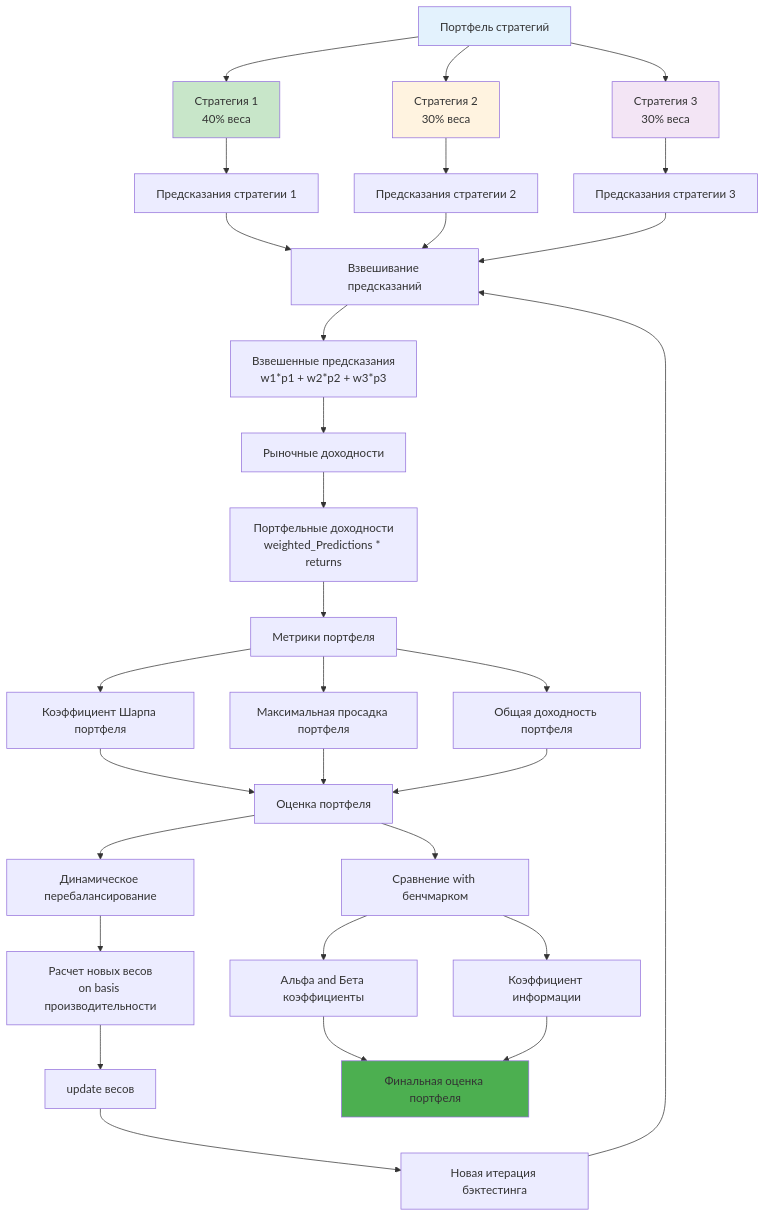
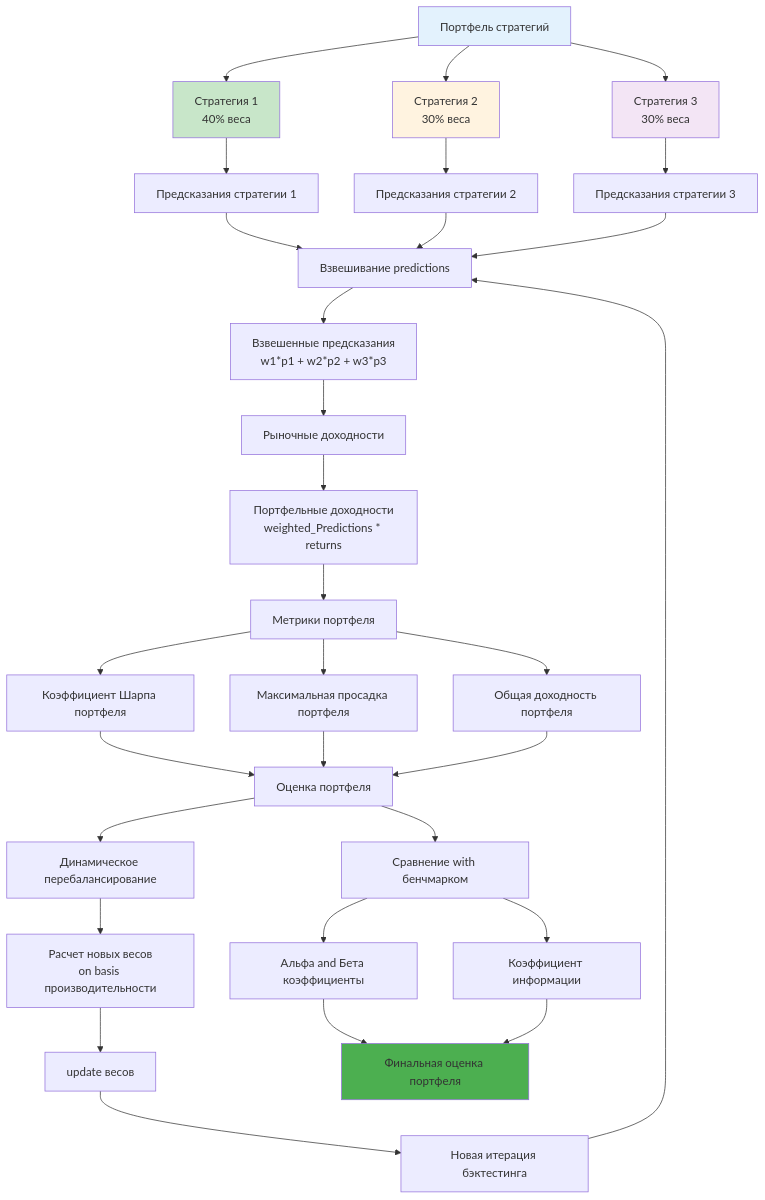
Before and after one commit to NeoZorK/neozork-hld-prediction: the sixth of 9 diagrams in docs/automl/gluon/29_backtesting_methods.md, drawn with Mermaid. The commit also changed other lines of this file and 102 other files, not shown here.

````diff
--- a/docs/automl/gluon/29_backtesting_methods.md
+++ b/docs/automl/gluon/29_backtesting_methods.md
@@ -1797,48 +1797,48 @@
 ```mermaid
 graph TD
  A[Портфель стратегий] --> B[Стратегия 1<br/>40% веса]
  A --> C[Стратегия 2<br/>30% веса]
  A --> D[Стратегия 3<br/>30% веса]
 
  B --> E[Предсказания стратегии 1]
  C --> F[Предсказания стратегии 2]
  D --> G[Предсказания стратегии 3]
 
- E --> H[Взвешивание предсказаний]
+ E --> H[Взвешивание predictions]
  F --> H
  G --> H
 
  H --> I[Взвешенные предсказания<br/>w1*p1 + w2*p2 + w3*p3]
 
  I --> J[Рыночные доходности]
  J --> K[Портфельные доходности<br/>weighted_Predictions * returns]
 
  K --> L[Метрики портфеля]
  L --> M[Коэффициент Шарпа портфеля]
  L --> N[Максимальная просадка портфеля]
  L --> O[Общая доходность портфеля]
 
  M --> P[Оценка портфеля]
  N --> P
  O --> P
 
  P --> Q[Динамическое перебалансирование]
  Q --> R[Расчет новых весов<br/>on basis производительности]
 
  R --> S[update весов]
  S --> T[Новая итерация бэктестинга]
  T --> H
 
  P --> U[Сравнение with бенчмарком]
  U --> V[Альфа and Бета коэффициенты]
  U --> W[Коэффициент информации]
 
  V --> X[Финальная оценка портфеля]
  W --> X
 
  style A fill:#e3f2fd
  style B fill:#c8e6c9
  style C fill:#fff3e0
  style D fill:#f3e5f5
  style X fill:#4caf50
 ```
````
